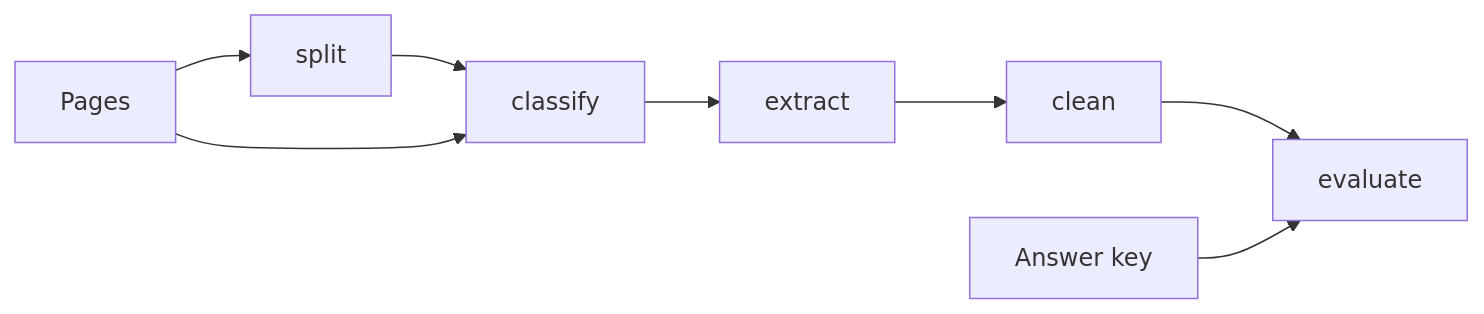
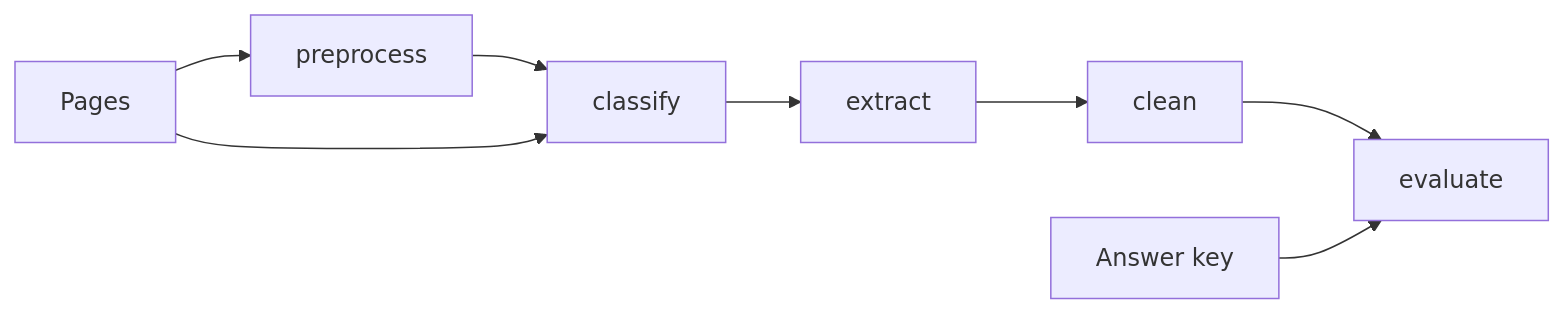
One commit to tmnestor/Doc_Extraction_Pipeline changed the first of 3 diagrams in README.md. Above: the diagram before and after it, drawn with Mermaid. The commit also changed other lines of this file and 34 other files, not shown here.

````diff
--- a/README.md
+++ b/README.md
@@ -13,10 +13,10 @@
 ```mermaid
 flowchart LR
-  A[Pages] --> S[split]
+  A[Pages] --> S[preprocess]
   S --> C[classify]
   A --> C
   C --> E[extract]
   E --> K[clean]
   K --> V[evaluate]
   G[Answer key] --> V
 ```
````
